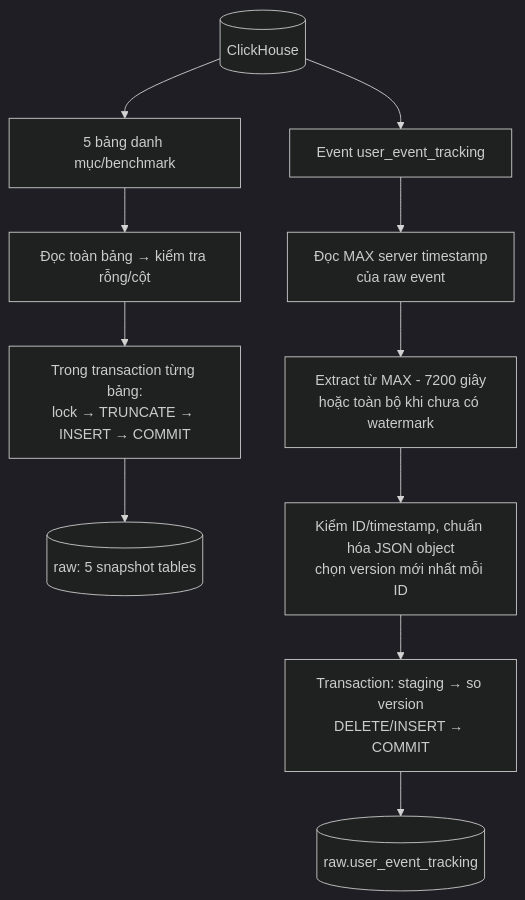
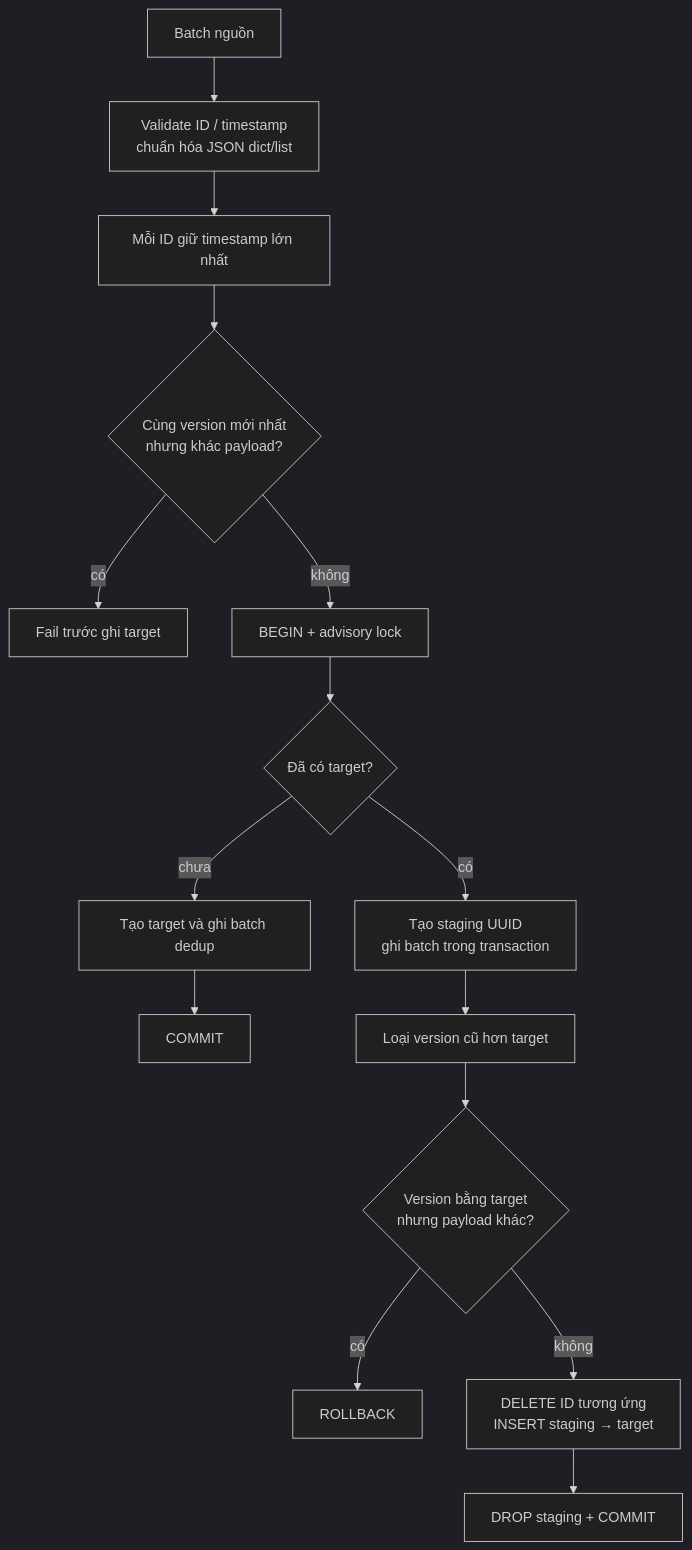
One commit to PhucTruong11/laplaptech_pipeline changed the seventh of 13 diagrams in docs/architecture/data_flow.md. Above: the diagram before and after it, drawn with Mermaid (dark theme). The commit also changed other lines of this file and 1 other file, not shown here.

Commit message:
Complement data_flow & roadmap

````diff
--- a/docs/architecture/data_flow.md
+++ b/docs/architecture/data_flow.md
@@ -46,13 +224,17 @@
 ```mermaid
 flowchart TB
-    CH[(ClickHouse)] --> S[5 bảng danh mục/benchmark]
-    CH --> V[Event user_event_tracking]
-    S --> SX[Đọc toàn bảng → kiểm tra rỗng/cột]
-    SX --> ST[Trong transaction từng bảng:<br/>lock → TRUNCATE → INSERT → COMMIT]
-    ST --> RAW[(raw: 5 snapshot tables)]
-    V --> WM[Đọc MAX server timestamp<br/>của raw event]
-    WM --> EX[Extract từ MAX - 7200 giây<br/>hoặc toàn bộ khi chưa có watermark]
-    EX --> DD[Kiểm ID/timestamp, chuẩn hóa JSON object<br/>chọn version mới nhất mỗi ID]
-    DD --> UP[Transaction: staging → so version<br/>DELETE/INSERT → COMMIT]
-    UP --> EV[(raw.user_event_tracking)]
+    B["Batch nguồn"] --> V["Validate ID / timestamp<br/>chuẩn hóa JSON dict/list"]
+    V --> D["Mỗi ID giữ timestamp lớn nhất"]
+    D --> C{"Cùng version mới nhất<br/>nhưng khác payload?"}
+    C -->|"có"| FAIL["Fail trước ghi target"]
+    C -->|"không"| TX["BEGIN + advisory lock"]
+    TX --> EXISTS{"Đã có target?"}
+    EXISTS -->|"chưa"| FIRST["Tạo target và ghi batch dedup"]
+    FIRST --> COMMIT["COMMIT"]
+    EXISTS -->|"có"| STG["Tạo staging UUID<br/>ghi batch trong transaction"]
+    STG --> OLD["Loại version cũ hơn target"]
+    OLD --> EQ{"Version bằng target<br/>nhưng payload khác?"}
+    EQ -->|"có"| RB["ROLLBACK"]
+    EQ -->|"không"| UP["DELETE ID tương ứng<br/>INSERT staging → target"]
+    UP --> DONE["DROP staging + COMMIT"]
 ```
````
